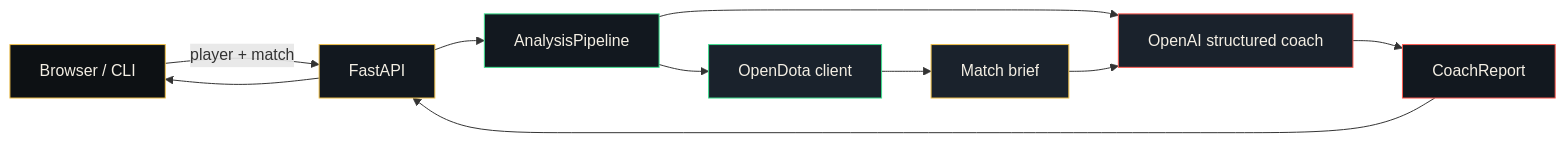
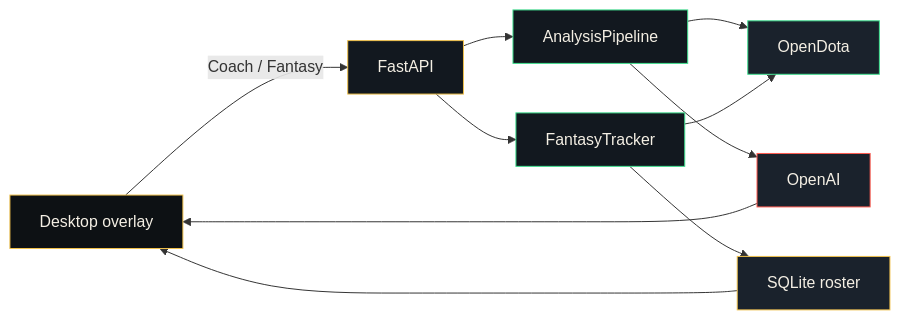
Before and after one commit to TheValverde/Dota2GPT-ImprovementPlan: the diagram in docs/architecture.md, drawn with Mermaid. The commit also changed other lines of this file and 35 other files, not shown here.

First line of the commit message:
Add a DotaPlus-style desktop overlay and fantasy tracker

````diff
--- a/docs/architecture.md
+++ b/docs/architecture.md
@@ -5,20 +5,20 @@
 ```mermaid
 flowchart LR
-  Browser["Browser / CLI"] -->|"player + match"| API["FastAPI"]
-  API --> Pipe["AnalysisPipeline"]
-  Pipe --> OD["OpenDota client"]
-  OD --> Brief["Match brief"]
-  Pipe --> LLM["OpenAI structured coach"]
-  Brief --> LLM
-  LLM --> Report["CoachReport"]
-  Report --> API
-  API --> Browser
+  Overlay["Desktop overlay"] -->|"Coach / Fantasy"| API["FastAPI"]
+  API --> Coach["AnalysisPipeline"]
+  API --> Fant["FantasyTracker"]
+  Coach --> OD["OpenDota"]
+  Fant --> OD
+  Fant --> DB["SQLite roster"]
+  Coach --> LLM["OpenAI"]
+  LLM --> Overlay
+  DB --> Overlay
 
-  style Browser fill:#0d1114,stroke:#f0c14b,color:#f4efe4
+  style Overlay fill:#0d1114,stroke:#f0c14b,color:#f4efe4
   style API fill:#12181f,stroke:#f0c14b,color:#f4efe4
-  style Pipe fill:#12181f,stroke:#3ee08f,color:#f4efe4
+  style Coach fill:#12181f,stroke:#3ee08f,color:#f4efe4
+  style Fant fill:#12181f,stroke:#3ee08f,color:#f4efe4
   style OD fill:#1a222c,stroke:#3ee08f,color:#f4efe4
-  style Brief fill:#1a222c,stroke:#f0c14b,color:#f4efe4
+  style DB fill:#1a222c,stroke:#f0c14b,color:#f4efe4
   style LLM fill:#1a222c,stroke:#ff5a4f,color:#f4efe4
-  style Report fill:#12181f,stroke:#ff5a4f,color:#f4efe4
 ```
````
